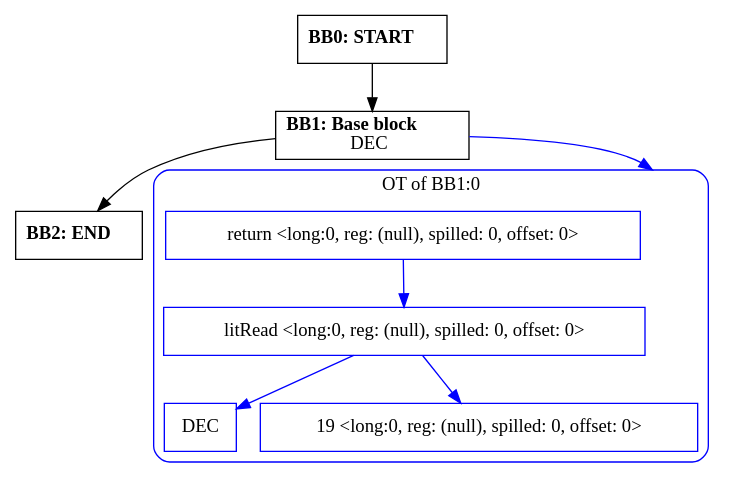
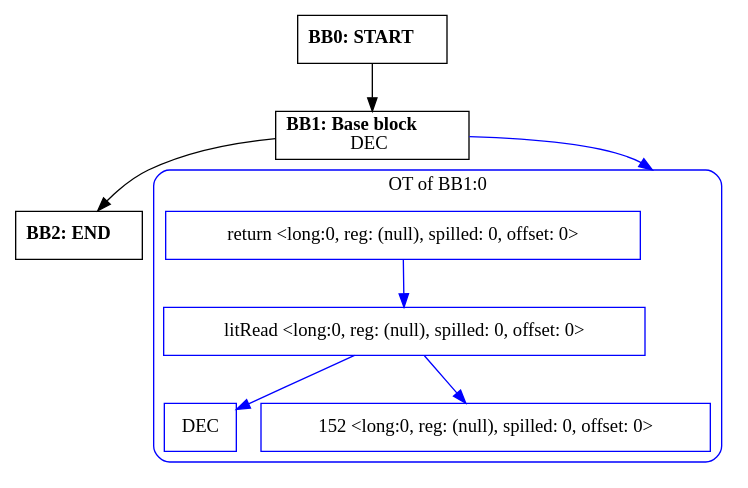
One commit to zavar152-cv/myLang-oop-compiler changed the diagram in outputs/cfg/io.IO.ulongBufferSize.dot. Above: the diagram before and after it, drawn with Graphviz. The commit also changed 29 other files, not shown here.

```diff
--- a/outputs/cfg/io.IO.ulongBufferSize.dot
+++ b/outputs/cfg/io.IO.ulongBufferSize.dot
@@ -1,26 +1,26 @@
 digraph CFG {
     compound=true;
     graph [splines=true];
     node [shape=rectangle];
 
     BB2 [label=<<B>BB2: END</B><BR ALIGN="CENTER"/>>];
     BB1 [label=<<B>BB1: Base block</B><BR ALIGN="CENTER"/>DEC<BR ALIGN="CENTER"/>>];
     subgraph cluster_instruction0 {
         label = "OT of BB1:0";
         style=rounded;
         color=blue;
         entry0 [shape=point, style=invis];
         node0 [label="return <long:0, reg: (null), spilled: 0, offset: 0>", color=blue];
         node1 [label="litRead <long:0, reg: (null), spilled: 0, offset: 0>", color=blue];
         node2 [label="DEC", color=blue];
         node1 -> node2[color=blue];
-        node3 [label="19 <long:0, reg: (null), spilled: 0, offset: 0>", color=blue];
+        node3 [label="152 <long:0, reg: (null), spilled: 0, offset: 0>", color=blue];
         node1 -> node3[color=blue];
         node0 -> node1[color=blue];
     }
     BB1 -> entry0 [lhead=cluster_instruction0, color=blue];
     BB0 [label=<<B>BB0: START</B><BR ALIGN="CENTER"/>>];
 
     BB1 -> BB2;
     BB0 -> BB1;
 }
```
